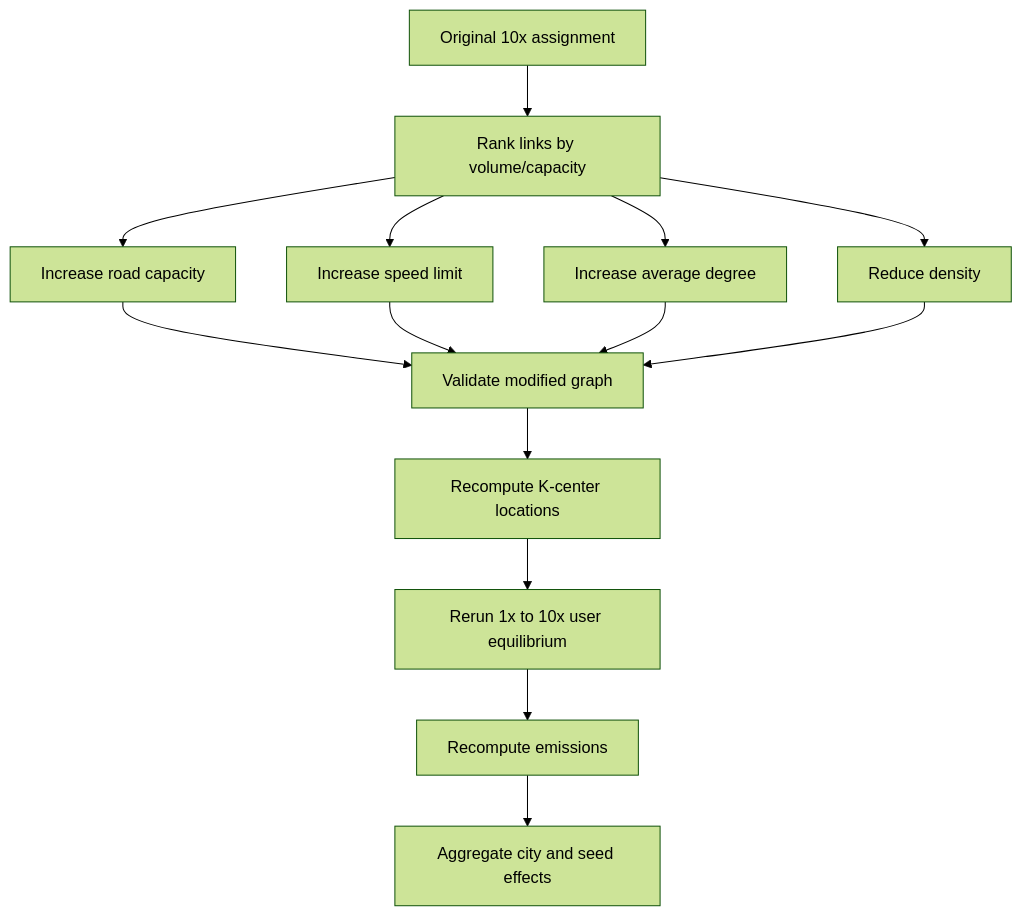
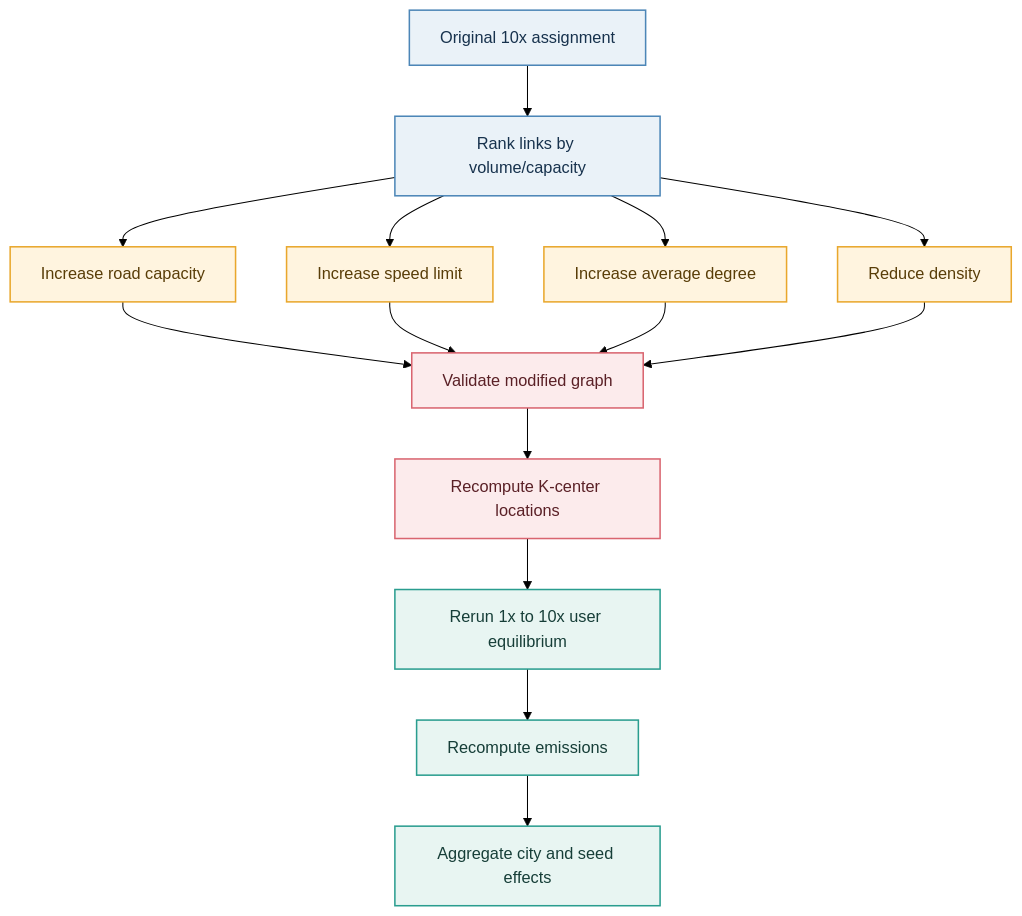
Before and after one commit to WaNgzh1rUi0413/road-network-decarbonization: the third of 3 diagrams in README.md, drawn with Mermaid (forest theme). The commit also changed other lines of this file and 4 other files, not shown here.

````diff
--- a/README.md
+++ b/README.md
@@ -243,16 +298,25 @@
 ```mermaid
 flowchart TD
     B["Original 10x assignment"] --> Q["Rank links by volume/capacity"]
     Q --> C["Increase road capacity"]
     Q --> S["Increase speed limit"]
     Q --> D["Increase average degree"]
     Q --> R["Reduce density"]
     C --> V["Validate modified graph"]
     S --> V
     D --> V
     R --> V
     V --> K["Recompute K-center locations"]
     K --> U["Rerun 1x to 10x user equilibrium"]
     U --> E["Recompute emissions"]
     E --> G["Aggregate city and seed effects"]
+
+    classDef baseline fill:#EAF2F8,stroke:#4C86B7,color:#17324D,stroke-width:1.5px;
+    classDef choice fill:#FFF4DF,stroke:#E9A72C,color:#593D08,stroke-width:1.5px;
+    classDef modify fill:#FCEBEC,stroke:#D96570,color:#5A2026,stroke-width:1.5px;
+    classDef rerun fill:#E8F5F2,stroke:#2A9D8F,color:#163E38,stroke-width:1.5px;
+    class B,Q baseline;
+    class C,S,D,R choice;
+    class V,K modify;
+    class U,E,G rerun;
 ```
````
